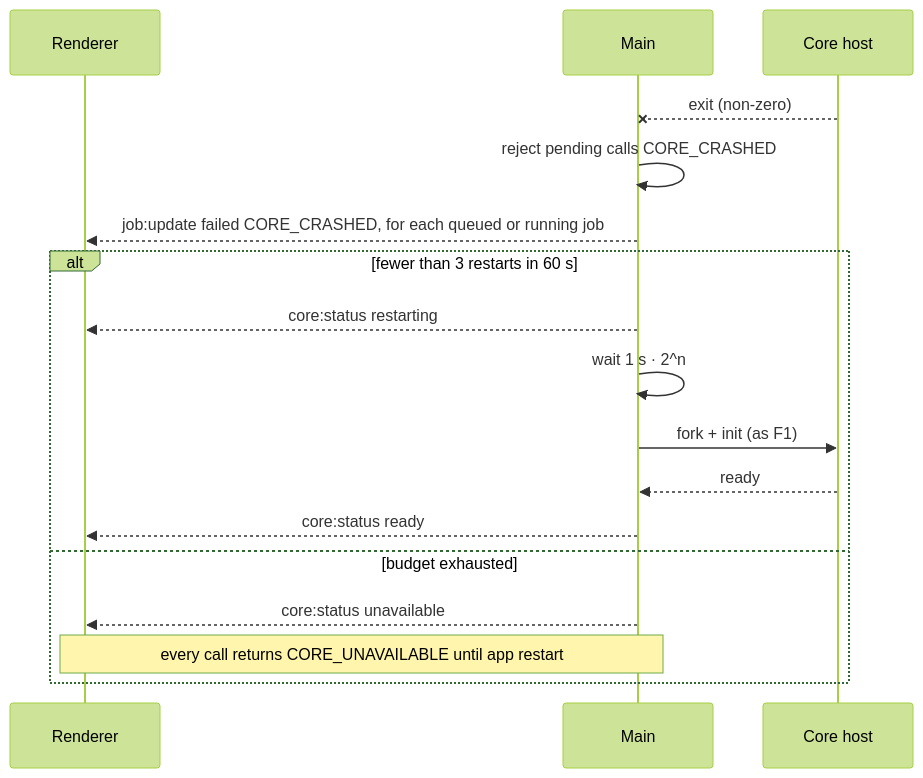
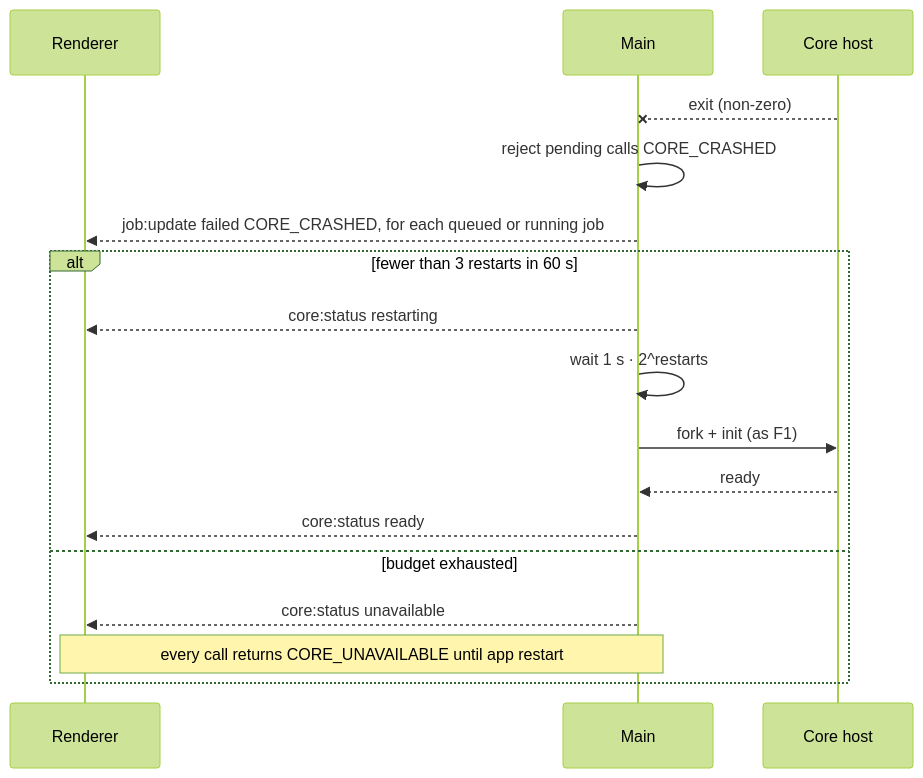
Before and after one commit to Anuragvish22/FileCon: diagram 15 of 19 in docs/FLOWS.md, drawn with Mermaid (forest theme). The commit also changed other lines of this file and 26 other files, not shown here.

First line of the commit message:
M0-4: graph and routing; lint-enforced naming rule

````diff
--- a/docs/FLOWS.md
+++ b/docs/FLOWS.md
@@ -403,19 +403,19 @@
 ```mermaid
 sequenceDiagram
   participant Renderer
   participant Main
   participant Core as Core host
   Core--xMain: exit (non-zero)
   Main->>Main: reject pending calls CORE_CRASHED
   Main-->>Renderer: job:update failed CORE_CRASHED, for each queued or running job
   alt fewer than 3 restarts in 60 s
     Main-->>Renderer: core:status restarting
-    Main->>Main: wait 1 s · 2^n
+    Main->>Main: wait 1 s · 2^restarts
     Main->>Core: fork + init (as F1)
     Core-->>Main: ready
     Main-->>Renderer: core:status ready
   else budget exhausted
     Main-->>Renderer: core:status unavailable
     Note over Renderer,Main: every call returns CORE_UNAVAILABLE until app restart
   end
 ```
````
